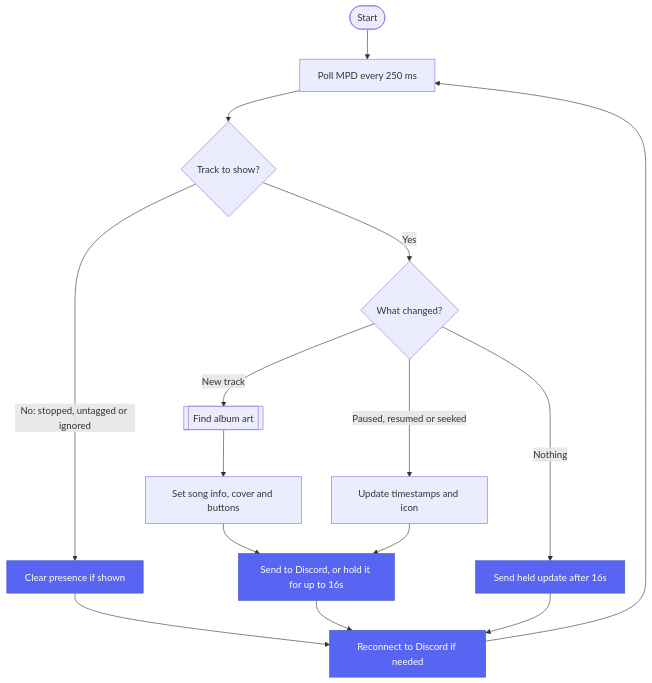
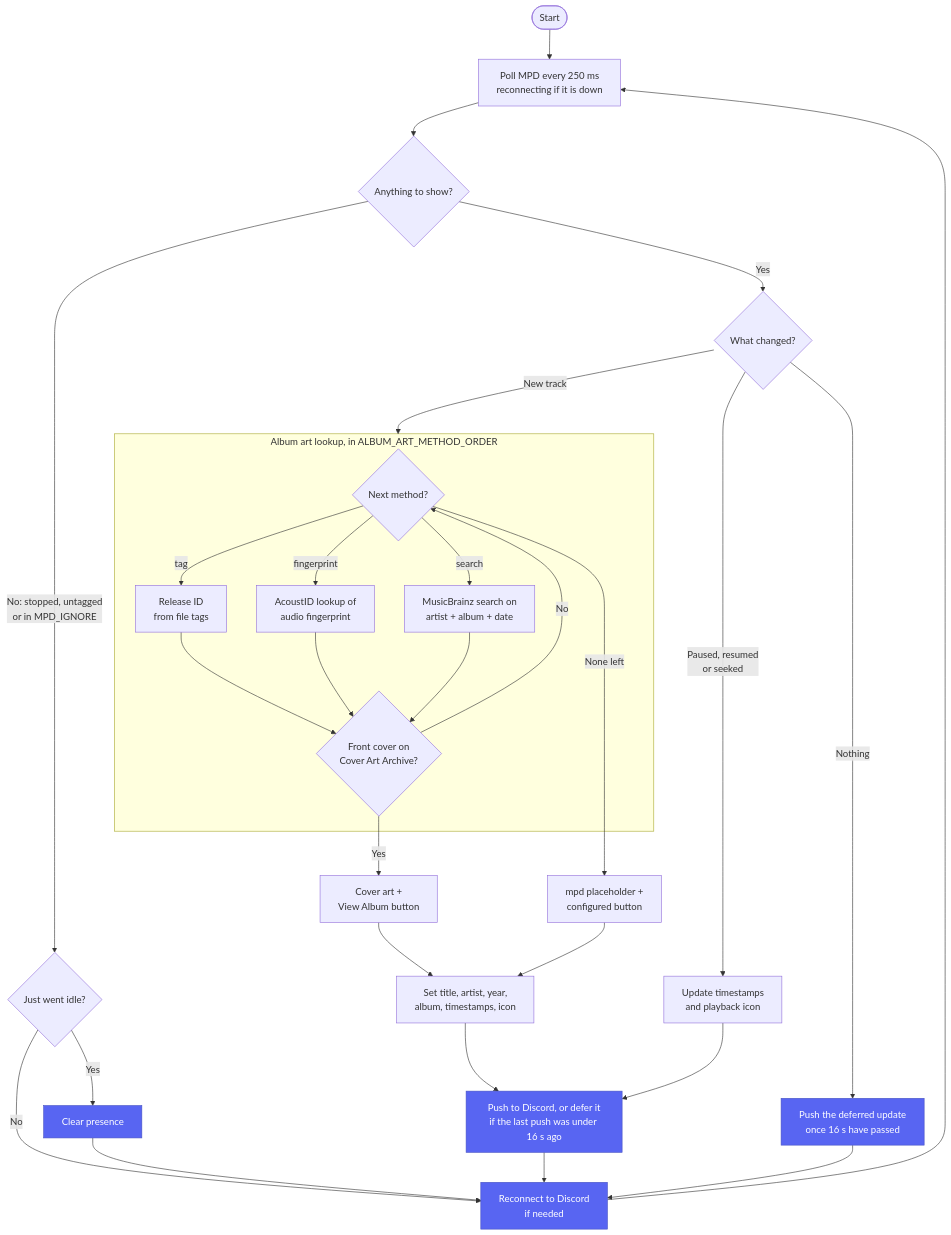
Before and after one commit to jayng9663/MPD-Presence: the diagram in README.md, drawn with Mermaid. The commit also changed other lines of this file, not shown here.

Commit message:
docs: restore single How It Works flowchart with album art lookup subgraph

````diff
--- a/README.md
+++ b/README.md
@@ -27,23 +27,41 @@
 ```mermaid
 flowchart TD
-    start([Start]) --> poll[Poll MPD every 250 ms]
-    poll --> show{Track to show?}
+    start([Start]) --> poll
 
-    show -->|No: stopped, untagged or ignored| clear[Clear presence if shown]
+    poll[Poll MPD every 250 ms<br>reconnecting if it is down] --> show{Anything to show?}
+
+    show -->|"No: stopped, untagged<br>or in MPD_IGNORE"| wasIdle{Just went idle?}
+    wasIdle -->|Yes| clear[Clear presence]
+    wasIdle -->|No| reconnect
+    clear --> reconnect
 
     show -->|Yes| change{What changed?}
-    change -->|New track| art[[Find album art]]
-    art --> build[Set song info, cover and buttons]
-    build --> push[Send to Discord, or hold it for up to 16s]
-    change -->|Paused, resumed or seeked| ts[Update timestamps and icon]
-    ts --> push
-    change -->|Nothing| flush[Send held update after 16s]
 
-    clear --> reconnect[Reconnect to Discord if needed]
+    change -->|New track| lookup
+    subgraph lookup [Album art lookup, in ALBUM_ART_METHOD_ORDER]
+        next{Next method?} -->|tag| tag[Release ID<br>from file tags]
+        next -->|fingerprint| fp[AcoustID lookup of<br>audio fingerprint]
+        next -->|search| search[MusicBrainz search on<br>artist + album + date]
+        tag --> caa{Front cover on<br>Cover Art Archive?}
+        fp --> caa
+        search --> caa
+        caa -->|No| next
+    end
+    caa -->|Yes| cover[Cover art +<br>View Album button]
+    next -->|None left| placeholder[mpd placeholder +<br>configured button]
+    cover --> build[Set title, artist, year,<br>album, timestamps, icon]
+    placeholder --> build
+    build --> push
+
+    change -->|Paused, resumed<br>or seeked| ts[Update timestamps<br>and playback icon]
+    ts --> push[Push to Discord, or defer it<br>if the last push was under 16 s ago]
+
+    change -->|Nothing| flush[Push the deferred update<br>once 16 s have passed]
+
     push --> reconnect
     flush --> reconnect
-    reconnect --> poll
+    reconnect[Reconnect to Discord<br>if needed] --> poll
 
     classDef discord fill:#5865F2,stroke:#4752C4,color:#fff
     class clear,push,flush,reconnect discord
 ```
````
